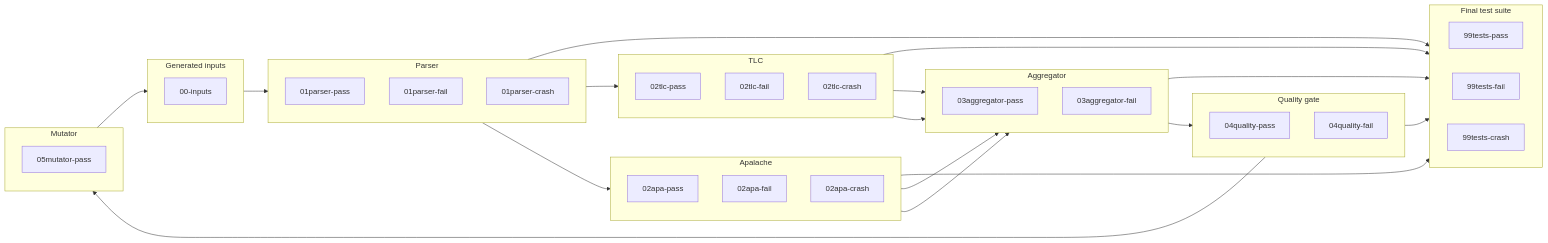
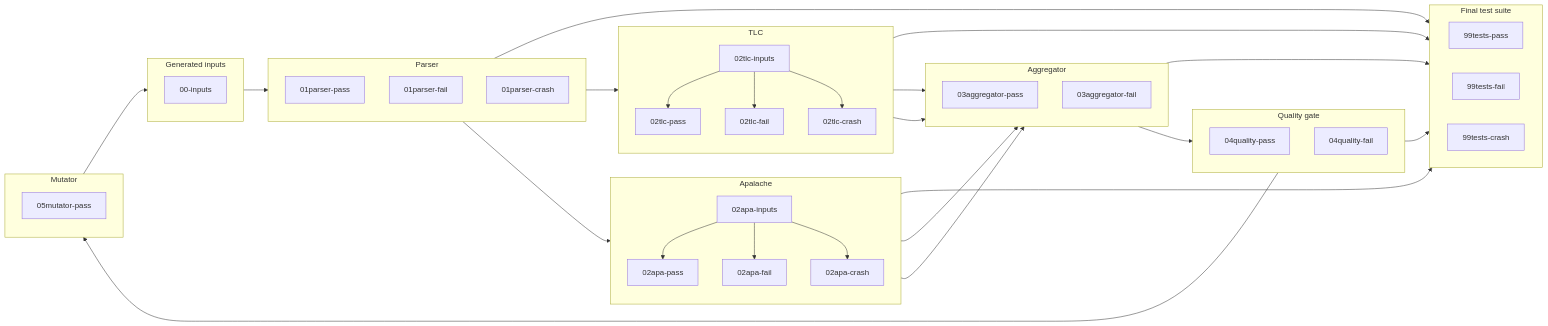
The diagram in docs/architecture/fuzzing-workflows.md (tlaplus/model-checker-hardening), drawn with Mermaid before and after one commit. The commit also changed other lines of this file and 54 other files, not shown here.

````diff
--- a/docs/architecture/fuzzing-workflows.md
+++ b/docs/architecture/fuzzing-workflows.md
@@ -33,68 +34,76 @@
 ```mermaid
 flowchart LR
     subgraph inputs["Generated inputs"]
         direction TB
         inp["00-inputs"]
     end
 
     subgraph parse["Parser"]
         direction TB
         parse_pass["01parser-pass"]
         parse_fail["01parser-fail"]
         parse_crash["01parser-crash"]
     end
 
     subgraph apalache["Apalache"]
         direction TB
+        apalache_inputs["02apa-inputs"]
         apalache_pass["02apa-pass"]
         apalache_fail["02apa-fail"]
         apalache_crash["02apa-crash"]
     end
 
     subgraph tlc["TLC"]
         direction TB
+        tlc_inputs["02tlc-inputs"]
         tlc_pass["02tlc-pass"]
         tlc_fail["02tlc-fail"]
         tlc_crash["02tlc-crash"]
     end
 
     subgraph conformance["Aggregator"]
         direction TB
         aggregator_pass["03aggregator-pass"]
         aggregator_fail["03aggregator-fail"]
     end
 
     subgraph quality["Quality gate"]
         direction TB
         quality_pass["04quality-pass"]
         quality_fail["04quality-fail"]
     end
 
     subgraph mutator["Mutator"]
         direction TB
         mutator_pass["05mutator-pass"]
     end
 
     subgraph test_suite["Final test suite"]
         direction LR
         tests_pass["99tests-pass"]
         tests_fail["99tests-fail"]
         tests_crash["99tests-crash"]
     end
 
     inp --> parse
-    parse_pass --> tlc
-    parse_pass --> apalache
+    parse_pass --> tlc_inputs
+    parse_pass --> apalache_inputs
+    tlc_inputs --> tlc_pass
+    tlc_inputs --> tlc_fail
+    tlc_inputs --> tlc_crash
+    apalache_inputs --> apalache_pass
+    apalache_inputs --> apalache_fail
+    apalache_inputs --> apalache_crash
     tlc_pass --> conformance
     apalache_pass --> conformance
     tlc_fail --> conformance
     apalache_fail --> conformance
     aggregator_pass --> quality
     quality_pass --> mutator
     mutator_pass --> inp
     quality_pass --> tests_pass
     aggregator_fail --> tests_fail
     parse_crash --> tests_crash
     tlc_crash --> tests_crash
     apalache_crash --> tests_crash
 ```
````
